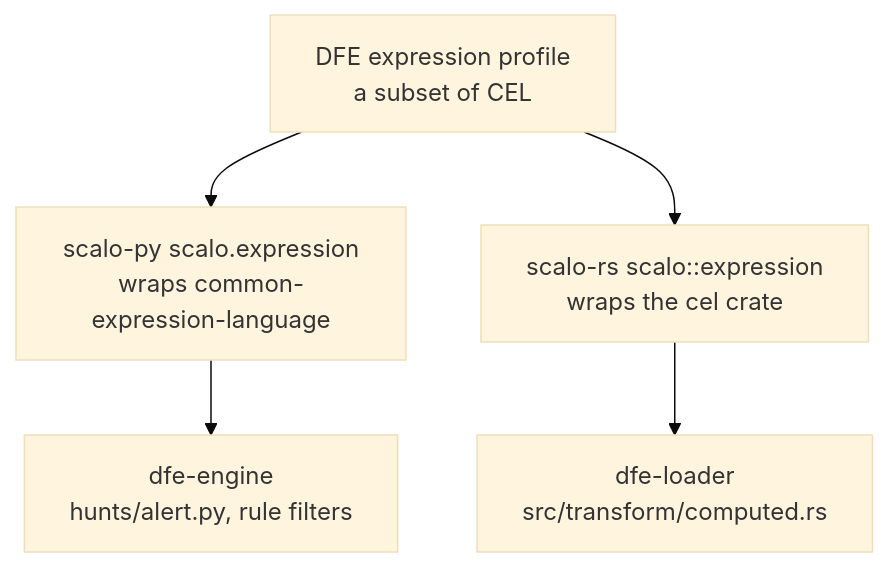
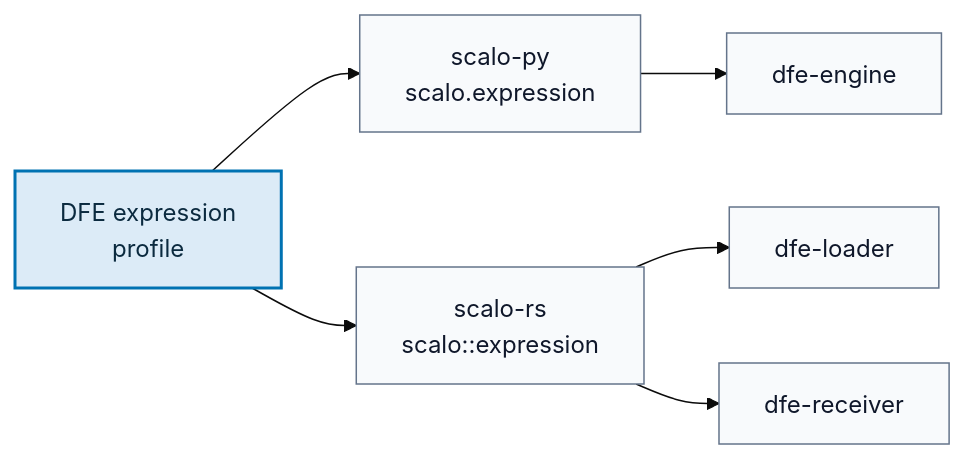
Before and after one commit to hyperi-io/dfe-engine: the diagram in docs/data-plane/expressions-cel.md, drawn with Mermaid (base theme). The commit also changed other lines of this file and 71 other files, not shown here.

First line of the commit message:
docs(engine): fix 159 claims and redraw every diagram

````diff
--- a/docs/data-plane/expressions-cel.md
+++ b/docs/data-plane/expressions-cel.md
@@ -138,11 +130,24 @@
 ```mermaid
-flowchart TB
-    PROF["DFE expression profile<br/>a subset of CEL"]
-    PY["scalo-py scalo.expression<br/>wraps common-expression-language"]
-    RS["scalo-rs scalo::expression<br/>wraps the cel crate"]
-    ENG["dfe-engine<br/>hunts/alert.py, rule filters"]
-    LDR["dfe-loader<br/>src/transform/computed.rs"]
-    PROF --> PY & RS
-    PY --> ENG
-    RS --> LDR
+flowchart LR
+    accTitle: L4 Detail -- CEL implementations
+    accDescr: The DFE expression profile is enforced by two wrappers. scalo-py's scalo.expression serves dfe-engine. scalo-rs's scalo::expression serves dfe-loader and dfe-receiver.
+
+    profile["DFE expression<br/>profile"]
+
+    py["scalo-py<br/>scalo.expression"]
+    rs["scalo-rs<br/>scalo::expression"]
+
+    engine["dfe-engine"]
+    loader["dfe-loader"]
+    receiver["dfe-receiver"]
+
+    profile --> py
+    profile --> rs
+    py --> engine
+    rs --> loader
+    rs --> receiver
+
+    classDef default fill:#F8FAFC,stroke:#64748B,stroke-width:1px,color:#0F172A
+    classDef core fill:#DCEBF7,stroke:#0072B2,stroke-width:2px,color:#0B2A3F
+    class profile core
 ```
````
